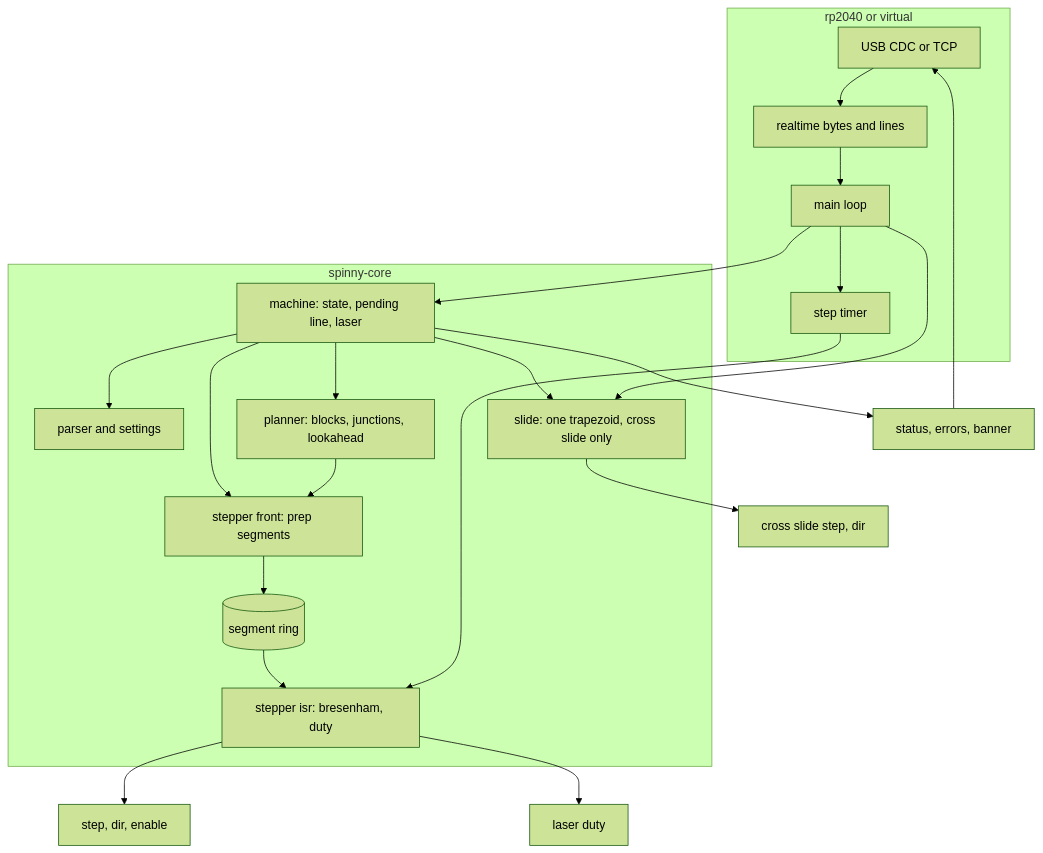
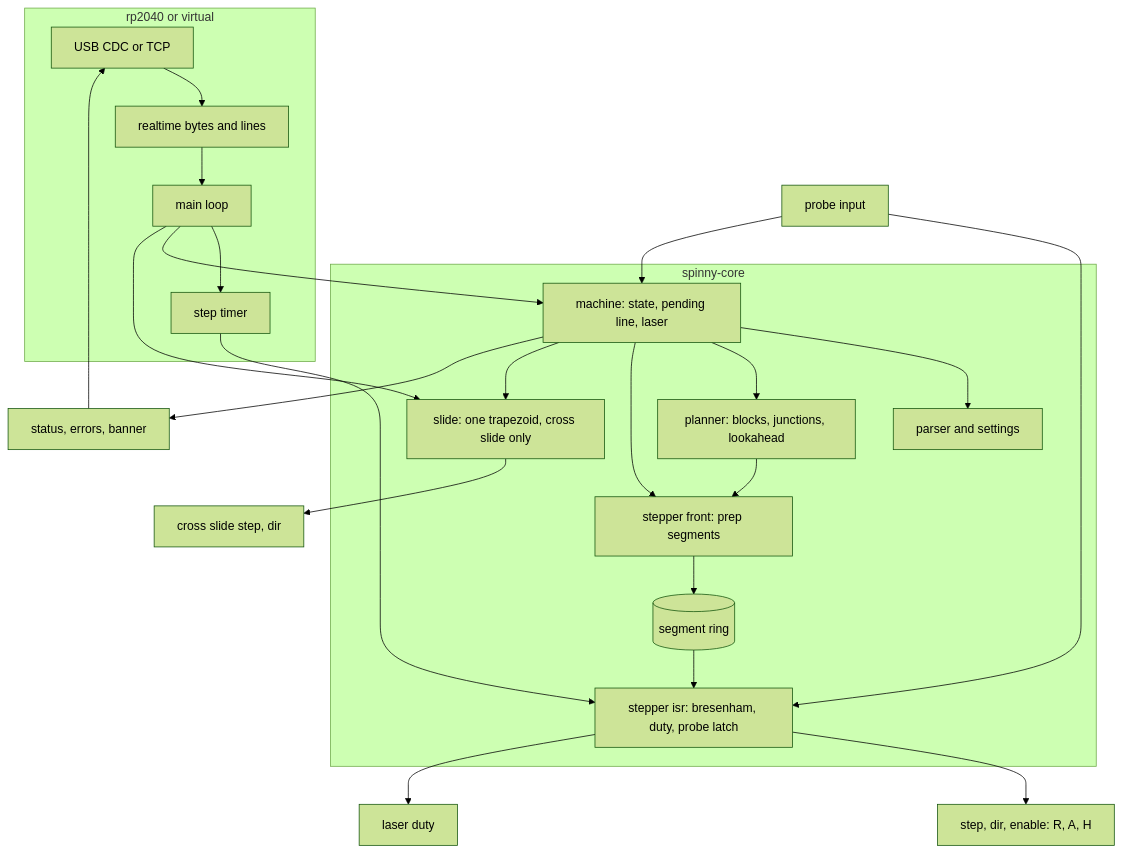
Before and after one commit to tmpk13/spinny-cnc: the diagram in firmware/README.md, drawn with Mermaid (forest theme). The commit also changed other lines of this file and 22 other files, not shown here.

````diff
--- a/firmware/README.md
+++ b/firmware/README.md
@@ -69,24 +80,26 @@
 ```mermaid
 flowchart TB
     subgraph port [rp2040 or virtual]
         IO[USB CDC or TCP] --> LINES[realtime bytes and lines]
         LINES --> LOOP[main loop]
         LOOP --> TIMER[step timer]
     end
     subgraph core [spinny-core]
         LOOP --> MACHINE[machine: state, pending line, laser]
         MACHINE --> PARSER[parser and settings]
         MACHINE --> PLANNER[planner: blocks, junctions, lookahead]
         MACHINE --> FRONT[stepper front: prep segments]
         MACHINE --> SLIDE[slide: one trapezoid, cross slide only]
         PLANNER --> FRONT
         FRONT --> RING[(segment ring)]
-        RING --> ISR[stepper isr: bresenham, duty]
+        RING --> ISR[stepper isr: bresenham, duty, probe latch]
         TIMER --> ISR
     end
-    ISR --> PINS[step, dir, enable]
+    ISR --> PINS[step, dir, enable: R, A, H]
+    PROBE[probe input] --> ISR
+    PROBE --> MACHINE
     LOOP --> SLIDE
     SLIDE --> ZPINS[cross slide step, dir]
     ISR --> PWM[laser duty]
     MACHINE --> REPORT[status, errors, banner] --> IO
 ```
````
